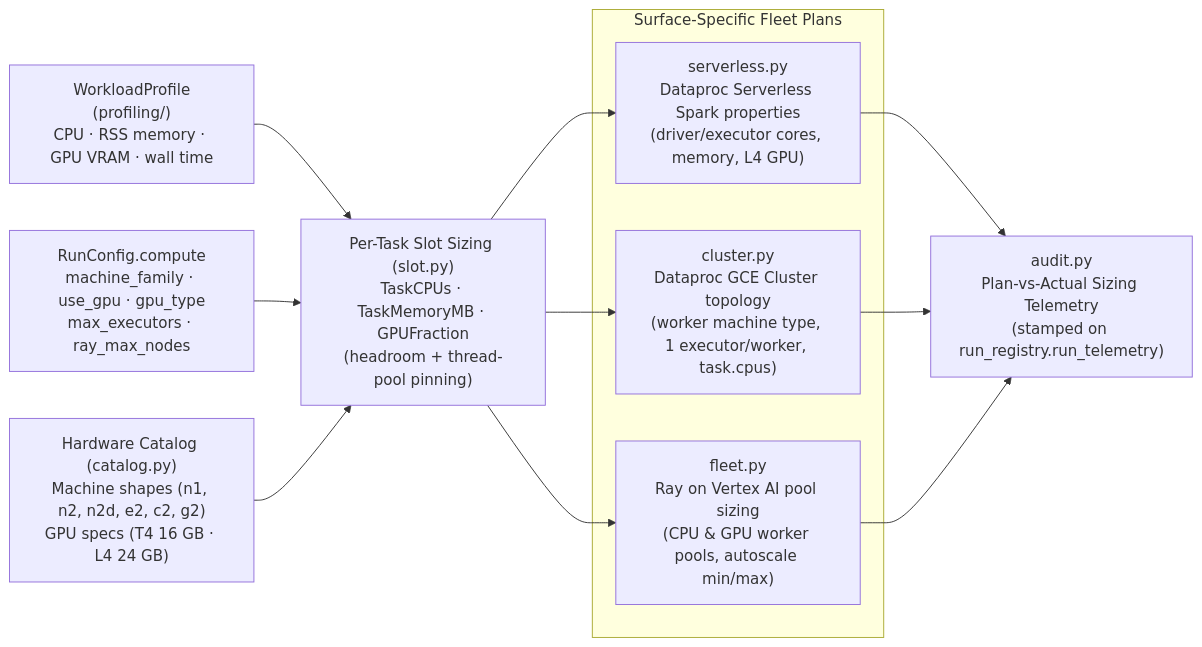
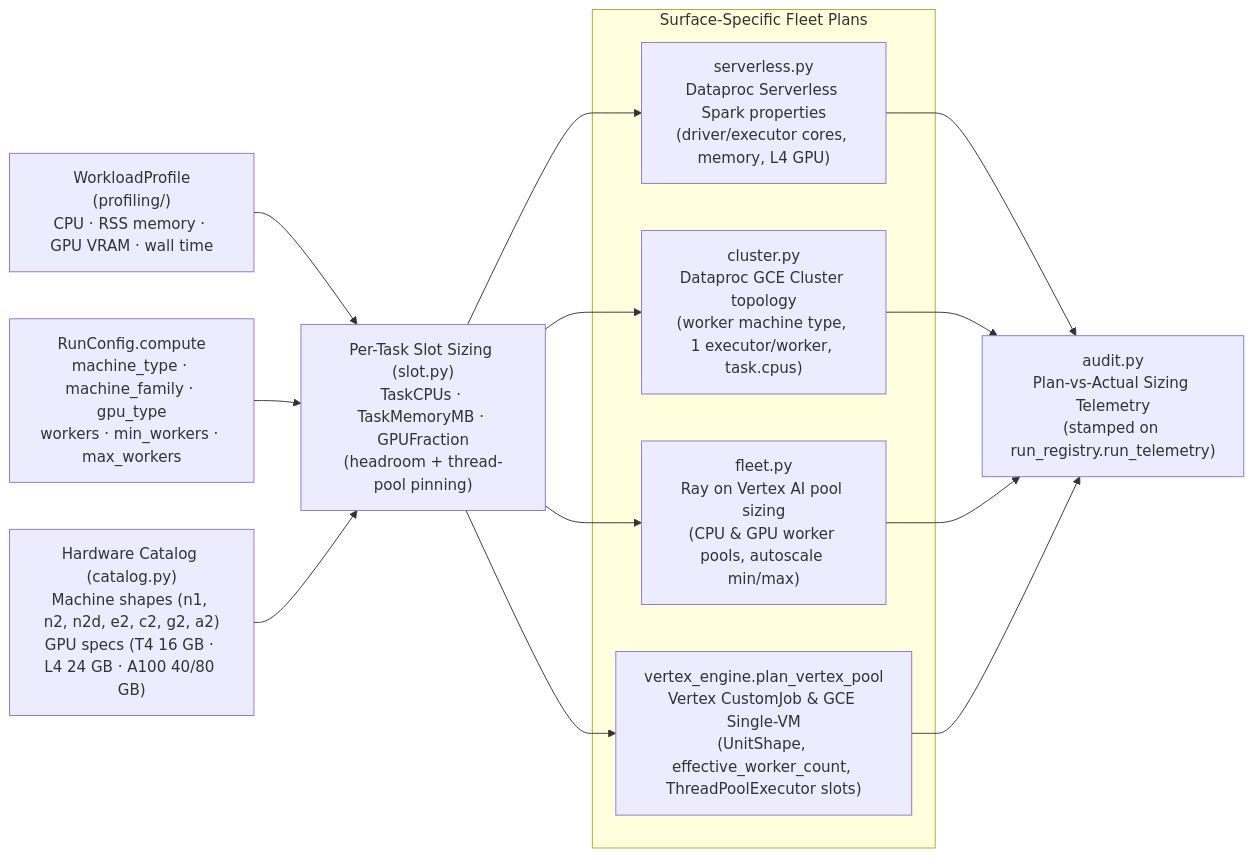
One commit to statmike/scale-forecasting changed the diagram in src/scale_forecasting/resources/README.md. Above: the diagram before and after it, drawn with Mermaid. The commit also changed other lines of this file and 69 other files, not shown here.

First line of the commit message:
feat(compute): add vertex and gce runtimes, unified compute params, GPU-VM catalog, and AGENTS.md

````diff
--- a/src/scale_forecasting/resources/README.md
+++ b/src/scale_forecasting/resources/README.md
@@ -10,18 +11,19 @@
 ```mermaid
 flowchart LR
     prof["WorkloadProfile<br/>(profiling/)<br/>CPU · RSS memory · GPU VRAM · wall time"]
-    cfg["RunConfig.compute<br/>machine_family · use_gpu · gpu_type<br/>max_executors · ray_max_nodes"]
-    cat["Hardware Catalog (catalog.py)<br/>Machine shapes (n1, n2, n2d, e2, c2, g2)<br/>GPU specs (T4 16 GB · L4 24 GB)"]
+    cfg["RunConfig.compute<br/>machine_type · machine_family · gpu_type<br/>workers · min_workers · max_workers"]
+    cat["Hardware Catalog (catalog.py)<br/>Machine shapes (n1, n2, n2d, e2, c2, g2, a2)<br/>GPU specs (T4 16 GB · L4 24 GB · A100 40/80 GB)"]
 
     slot["Per-Task Slot Sizing (slot.py)<br/>TaskCPUs · TaskMemoryMB · GPUFraction<br/>(headroom + thread-pool pinning)"]
 
     subgraph targets["Surface-Specific Fleet Plans"]
         sls["serverless.py<br/>Dataproc Serverless Spark properties<br/>(driver/executor cores, memory, L4 GPU)"]
         cls["cluster.py<br/>Dataproc GCE Cluster topology<br/>(worker machine type, 1 executor/worker, task.cpus)"]
         ray["fleet.py<br/>Ray on Vertex AI pool sizing<br/>(CPU & GPU worker pools, autoscale min/max)"]
+        vtx["vertex_engine.plan_vertex_pool<br/>Vertex CustomJob & GCE Single-VM<br/>(UnitShape, effective_worker_count, ThreadPoolExecutor slots)"]
     end
 
     audit["audit.py<br/>Plan-vs-Actual Sizing Telemetry<br/>(stamped on run_registry.run_telemetry)"]
 
-    prof & cfg & cat --> slot --> sls & cls & ray --> audit
+    prof & cfg & cat --> slot --> sls & cls & ray & vtx --> audit
 ```
````
